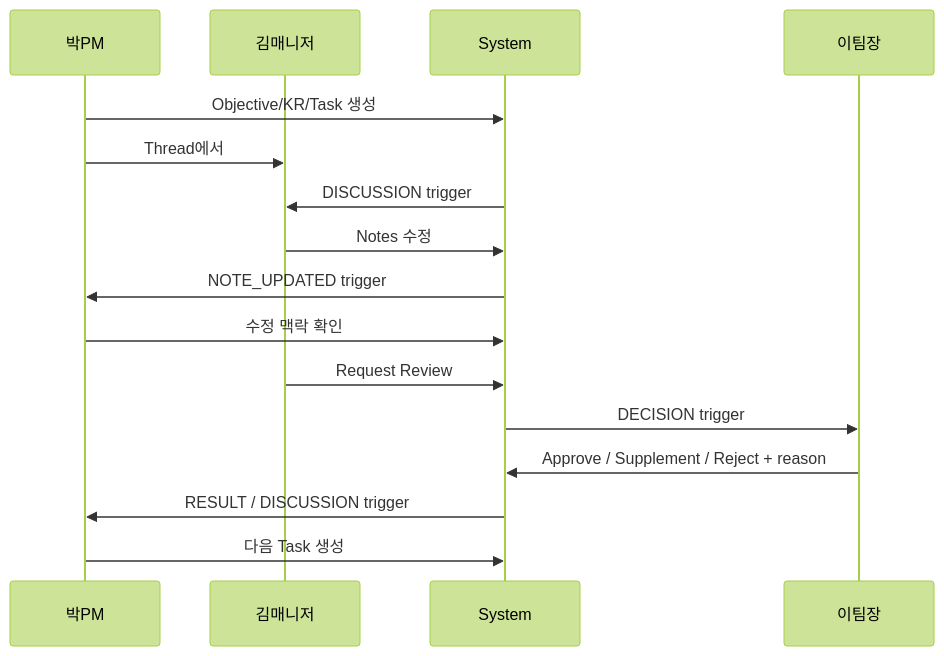
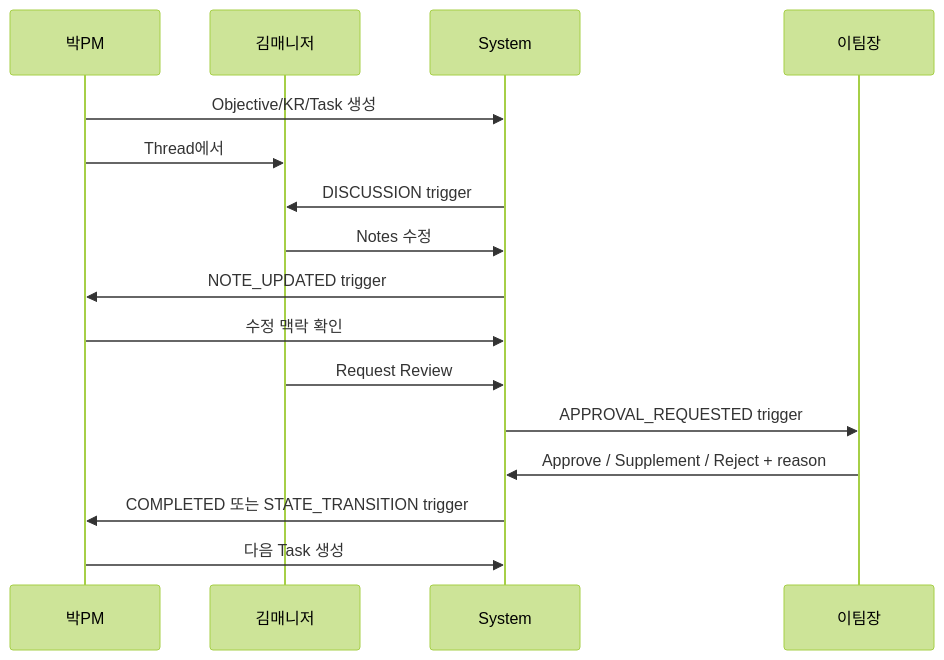
The fifth of 6 diagrams in docs/ACTION_FLOWS.md (claire-yunsumin/test), drawn with Mermaid (forest theme) before and after one commit. The commit also changed other lines of this file, not shown here.

First line of the commit message:
Align action flow docs with implemented timeline events.

````diff
--- a/docs/ACTION_FLOWS.md
+++ b/docs/ACTION_FLOWS.md
@@ -81,19 +84,19 @@
 ```mermaid
 sequenceDiagram
   participant PM as 박PM
   participant M as 김매니저
   participant S as System
   participant L as 이팀장
 
   PM->>S: Objective/KR/Task 생성
   PM->>M: Thread에서 #Notes 호출
   S->>M: DISCUSSION trigger
   M->>S: Notes 수정
   S->>PM: NOTE_UPDATED trigger
   PM->>S: 수정 맥락 확인
   M->>S: Request Review
-  S->>L: DECISION trigger
+  S->>L: APPROVAL_REQUESTED trigger
   L->>S: Approve / Supplement / Reject + reason
-  S->>PM: RESULT / DISCUSSION trigger
+  S->>PM: COMPLETED 또는 STATE_TRANSITION trigger
   PM->>S: 다음 Task 생성
 ```
````
